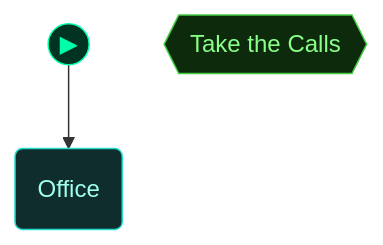
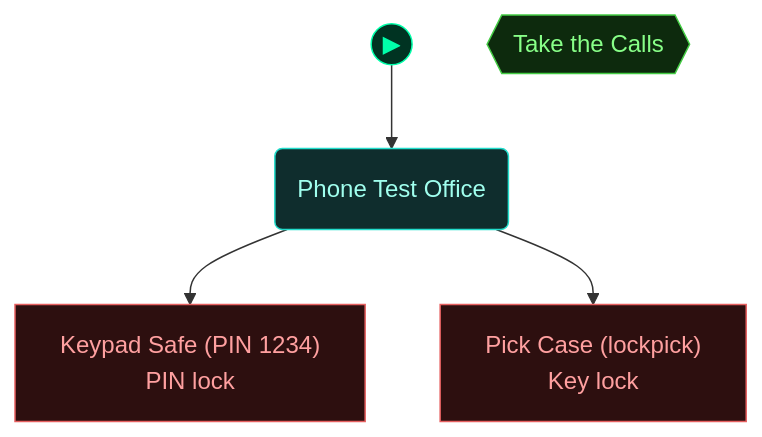
The third of 5 diagrams in scenarios/test_phone_calls/dungeon_graph.md (cliffe/BreakEscape), drawn with Mermaid before and after one commit. The commit also changed other lines of this file and 13 other files, not shown here.

Commit message:
Phone calls A2c: test_phone_calls gains keypad, lockpick, container, both popups, guard, hostile brute and caller_hold/forced/popup

````diff
--- a/scenarios/test_phone_calls/dungeon_graph.md
+++ b/scenarios/test_phone_calls/dungeon_graph.md
@@ -111,29 +116,34 @@
 ```mermaid
 flowchart TD
 
   classDef room      fill:#0f2d2d,stroke:#22ddcc,color:#a0ffee
   classDef lock      fill:#2d0f0f,stroke:#e66060,color:#ffa0a0
   classDef key       fill:#2d0812,stroke:#e66060,color:#ffa0a0
   classDef item      fill:#2d1200,stroke:#e89030,color:#ffcc80
   classDef gate      fill:#111,stroke:#666,color:#eee
   classDef vm        fill:#0c1f40,stroke:#4a90d9,color:#a0c8ff
   classDef flag      fill:#1a0c2d,stroke:#9060d0,color:#cc99ff
   classDef action    fill:#1a1200,stroke:#cc9922,color:#ffee88
   classDef aim       fill:#0d2a0d,stroke:#44cc44,color:#88ff88
   classDef aim_gate  fill:#111111,stroke:#44cc44,color:#44cc44
   classDef container fill:#1a2d1a,stroke:#60b060,color:#a0e0a0
   classDef npc       fill:#2d1f0d,stroke:#d0a050,color:#ffe0a0
   classDef critical  fill:#2a1500,stroke:#ffaa00,color:#ffdd88
   classDef start     fill:#003322,stroke:#00ffaa,color:#00ffaa
 
   node_start(("▶"))
   node_start --> office
 
+  lock_keypad_safe["Keypad Safe (PIN 1234)<br/>PIN lock"]
+  lock_pick_case["Pick Case (lockpick)<br/>Key lock"]
+  office("Phone Test Office")
   aim_take_calls{{"Take the Calls"}}
-  office("Office")
 
+  office --> lock_keypad_safe
+  office --> lock_pick_case
 
+  class lock_keypad_safe,lock_pick_case lock
+  class office room
   class aim_take_calls aim
-  class office room
   class node_start start
 ```
````
